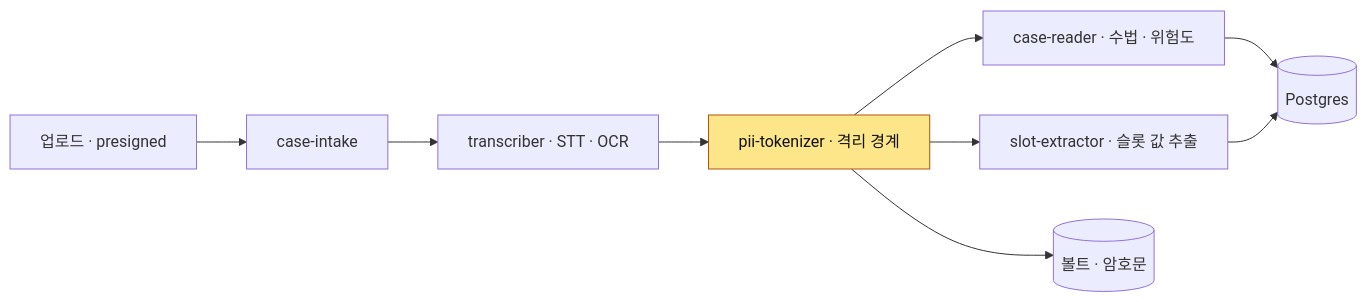
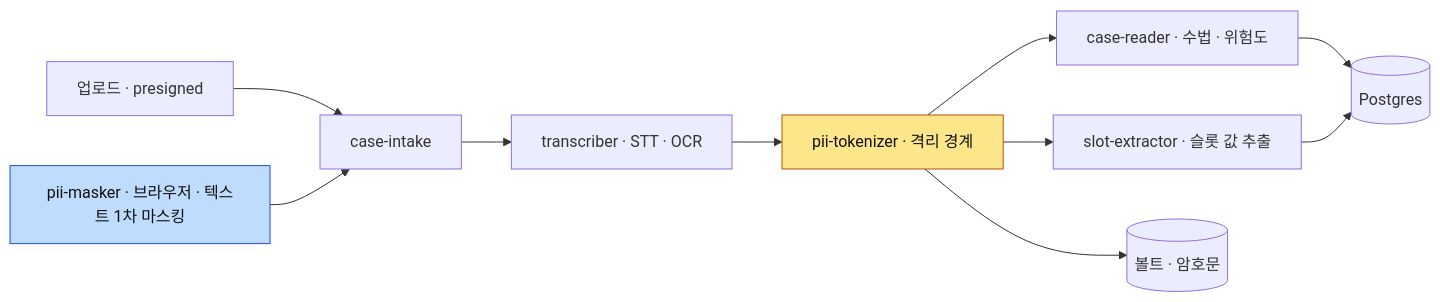
Before and after one commit to Dojaegyum/fsec-ai-challenge: the second of 7 diagrams in ARCHITECTURE.md, drawn with Mermaid. The commit also changed other lines of this file and 6 other files, not shown here.

````diff
--- a/ARCHITECTURE.md
+++ b/ARCHITECTURE.md
@@ -136,13 +139,15 @@
 ```mermaid
 flowchart LR
     UP["업로드 · presigned"] --> INTAKE["case-intake"]
+    MASK1["pii-masker · 브라우저 · 텍스트 1차 마스킹"] --> INTAKE
     INTAKE --> TR["transcriber · STT · OCR"]
     TR --> TOK["pii-tokenizer · 격리 경계"]
     TOK --> READER["case-reader · 수법 · 위험도"]
     TOK --> SX["slot-extractor · 슬롯 값 추출"]
     READER --> DB[("Postgres")]
     SX --> DB
     TOK --> VAULT[("볼트 · 암호문")]
 
+    style MASK1 fill:#bfdbfe,stroke:#1d4ed8,color:#111
     style TOK fill:#fde68a,stroke:#b45309,color:#111
 ```
````
